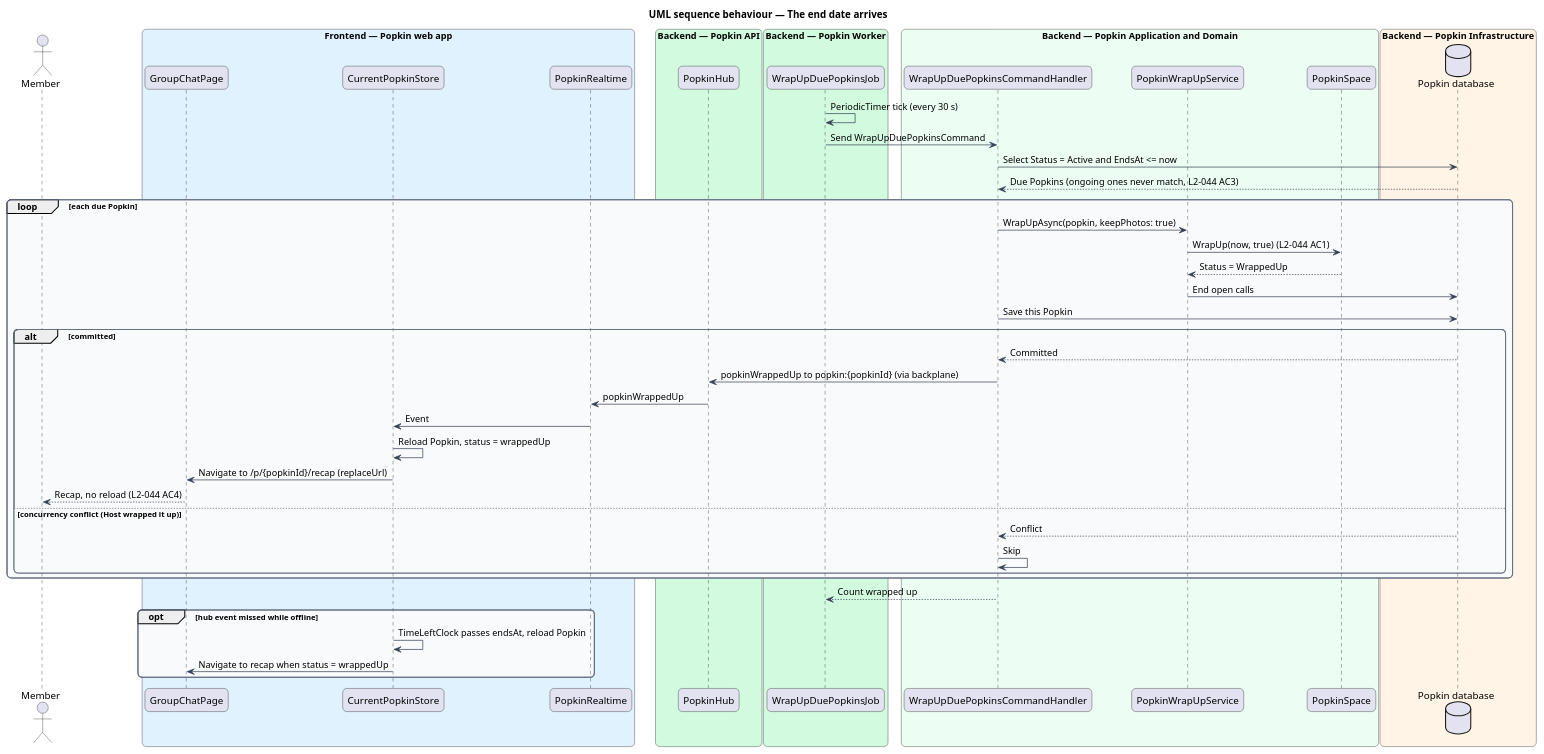
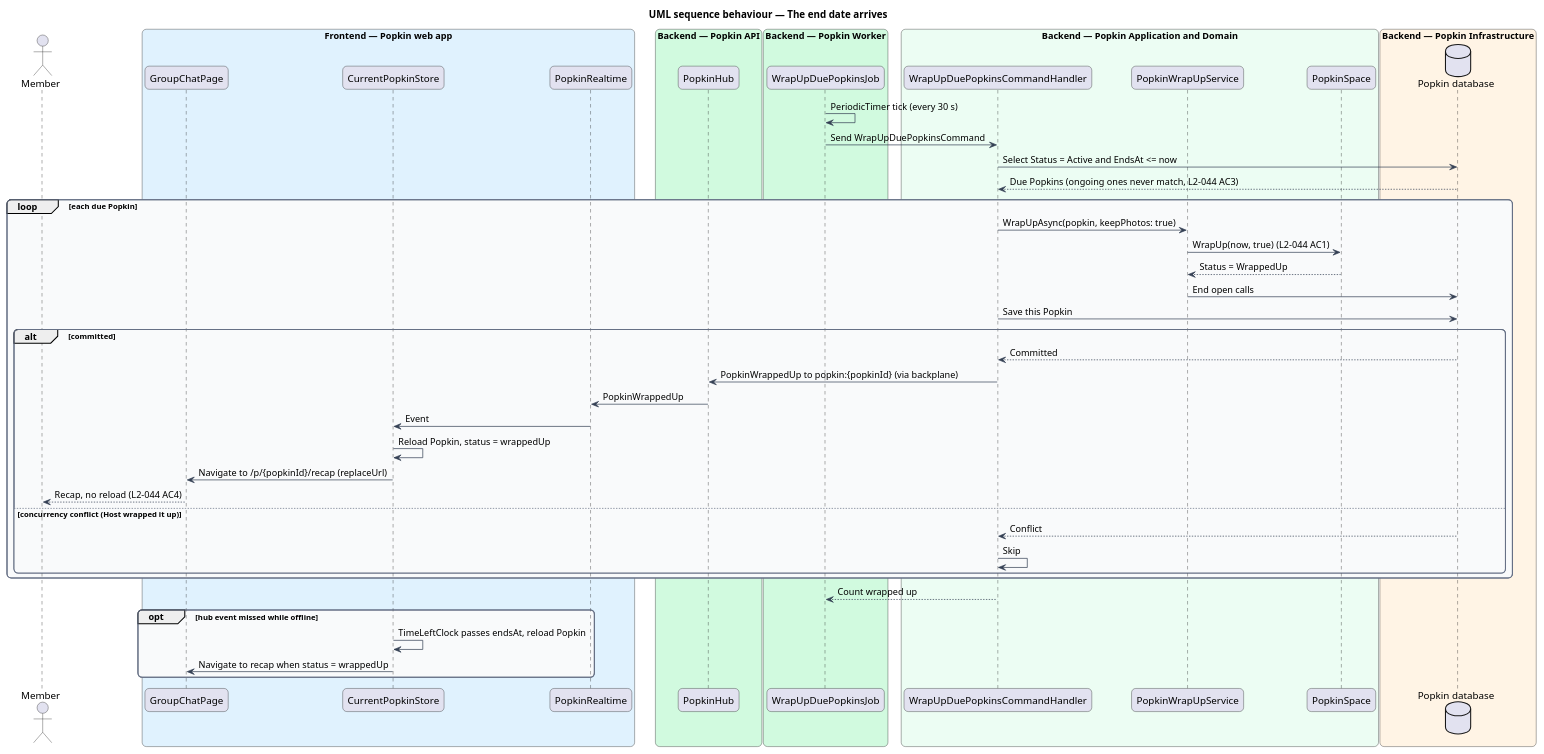
The diagram in docs/detailed-designs/wrap-up/time-is-up/diagrams/sequence-time-is-up.puml (QuinntyneBrown/popkin), drawn with PlantUML before and after one commit. The commit also changed 37 other files, not shown here.

```diff
--- a/docs/detailed-designs/wrap-up/time-is-up/diagrams/sequence-time-is-up.puml
+++ b/docs/detailed-designs/wrap-up/time-is-up/diagrams/sequence-time-is-up.puml
@@ -1,65 +1,65 @@
 @startuml
 title UML sequence behaviour — The end date arrives
 skinparam backgroundColor #FFFFFF
 skinparam shadowing false
 skinparam roundcorner 12
 skinparam defaultFontName Arial
 skinparam ArrowColor #344054
 skinparam rectangle {
   BorderColor #344054
   FontColor #101828
 }
 skinparam package {
   BorderColor #667085
   FontColor #101828
   BackgroundColor #F9FAFB
 }
 actor "Member" as actor
 box "Frontend — Popkin web app" #E0F2FE
   participant "GroupChatPage" as page
   participant "CurrentPopkinStore" as store
   participant "PopkinRealtime" as rt
 end box
 box "Backend — Popkin API" #D1FADF
   participant "PopkinHub" as hub
 end box
 box "Backend — Popkin Worker" #D1FADF
   participant "WrapUpDuePopkinsJob" as job
 end box
 box "Backend — Popkin Application and Domain" #ECFDF3
   participant "WrapUpDuePopkinsCommandHandler" as handler
   participant "PopkinWrapUpService" as service
   participant "PopkinSpace" as entity
 end box
 box "Backend — Popkin Infrastructure" #FFF4E5
   database "Popkin database" as db
 end box
 job -> job : PeriodicTimer tick (every 30 s)
 job -> handler : Send WrapUpDuePopkinsCommand
 handler -> db : Select Status = Active and EndsAt <= now
 db --> handler : Due Popkins (ongoing ones never match, L2-044 AC3)
 loop each due Popkin
   handler -> service : WrapUpAsync(popkin, keepPhotos: true)
   service -> entity : WrapUp(now, true) (L2-044 AC1)
   entity --> service : Status = WrappedUp
   service -> db : End open calls
   handler -> db : Save this Popkin
   alt committed
     db --> handler : Committed
-    handler -> hub : popkinWrappedUp to popkin:{popkinId} (via backplane)
-    hub -> rt : popkinWrappedUp
+    handler -> hub : PopkinWrappedUp to popkin:{popkinId} (via backplane)
+    hub -> rt : PopkinWrappedUp
     rt -> store : Event
     store -> store : Reload Popkin, status = wrappedUp
     store -> page : Navigate to /p/{popkinId}/recap (replaceUrl)
     page --> actor : Recap, no reload (L2-044 AC4)
   else concurrency conflict (Host wrapped it up)
     db --> handler : Conflict
     handler -> handler : Skip
   end
 end
 handler --> job : Count wrapped up
 opt hub event missed while offline
   store -> store : TimeLeftClock passes endsAt, reload Popkin
   store -> page : Navigate to recap when status = wrappedUp
 end
 @enduml
```
